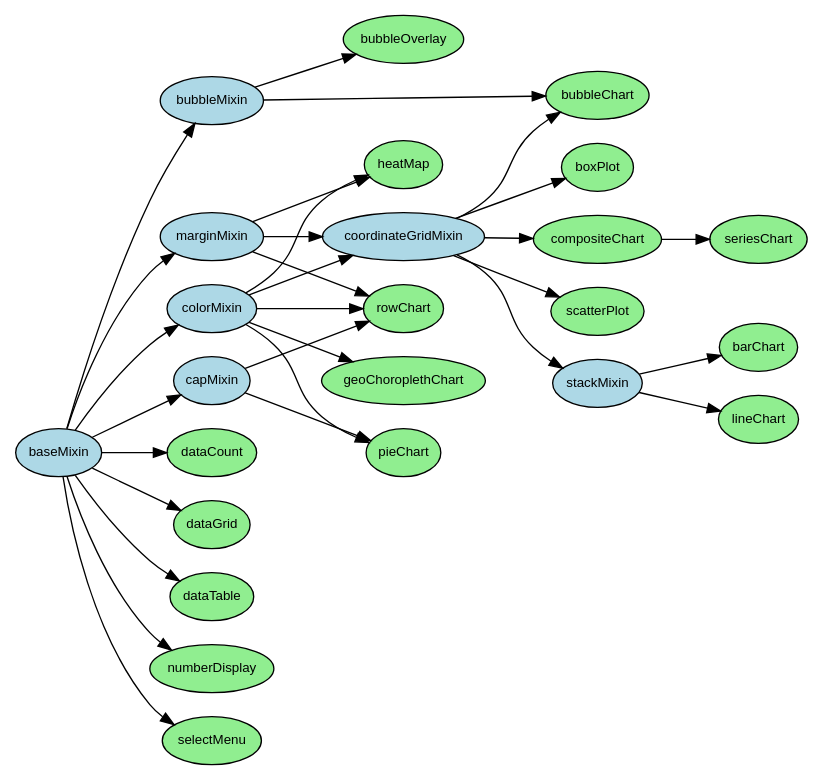
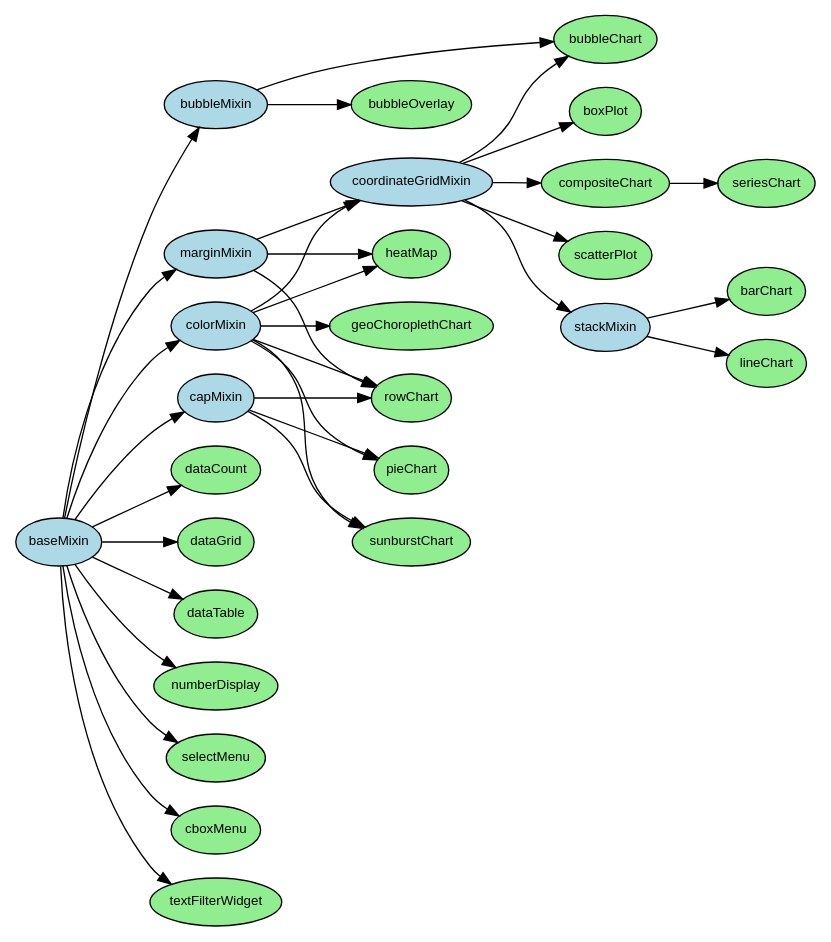
One commit to dc-js/dc.js changed the diagram in class-hierarchy.dot. Above: the diagram before and after it, drawn with Graphviz. The commit also changed 1 other file, not shown here.

Commit message:
put new charts/widgets in class hierarchy documentation

```diff
--- a/class-hierarchy.dot
+++ b/class-hierarchy.dot
@@ -1,36 +1,40 @@
 digraph dcHierarchy {
 graph [rankdir=LR, ranksep=0.5]
 node [fontname="sans-serif", fontsize=10, margin="0.05,0.05", href="dc.\N.html"]
 node [style=filled, fillcolor=lightgreen]
 { node [style=filled, fillcolor=lightblue] baseMixin colorMixin marginMixin bubbleMixin coordinateGridMixin stackMixin capMixin }
 baseMixin [href="dc.baseMixin.html"]
 colorMixin -> coordinateGridMixin
 marginMixin -> coordinateGridMixin
 coordinateGridMixin -> stackMixin
 stackMixin -> barChart
 coordinateGridMixin -> boxPlot
 coordinateGridMixin -> bubbleChart
 bubbleMixin -> bubbleChart
 baseMixin -> bubbleMixin
 bubbleMixin -> bubbleOverlay
 coordinateGridMixin -> compositeChart
 compositeChart -> seriesChart
 baseMixin -> dataCount
 baseMixin -> dataGrid
 baseMixin -> dataTable
 baseMixin -> colorMixin
 colorMixin -> geoChoroplethChart
 baseMixin -> marginMixin
 marginMixin -> heatMap
 colorMixin -> heatMap
 stackMixin -> lineChart
 baseMixin -> numberDisplay
 colorMixin -> pieChart
 baseMixin -> capMixin
 capMixin -> pieChart
 capMixin -> rowChart
 marginMixin -> rowChart
 colorMixin -> rowChart
 coordinateGridMixin -> scatterPlot
 baseMixin -> selectMenu
+baseMixin -> cboxMenu
+colorMixin -> sunburstChart
+capMixin -> sunburstChart
+baseMixin -> textFilterWidget
 }
```
